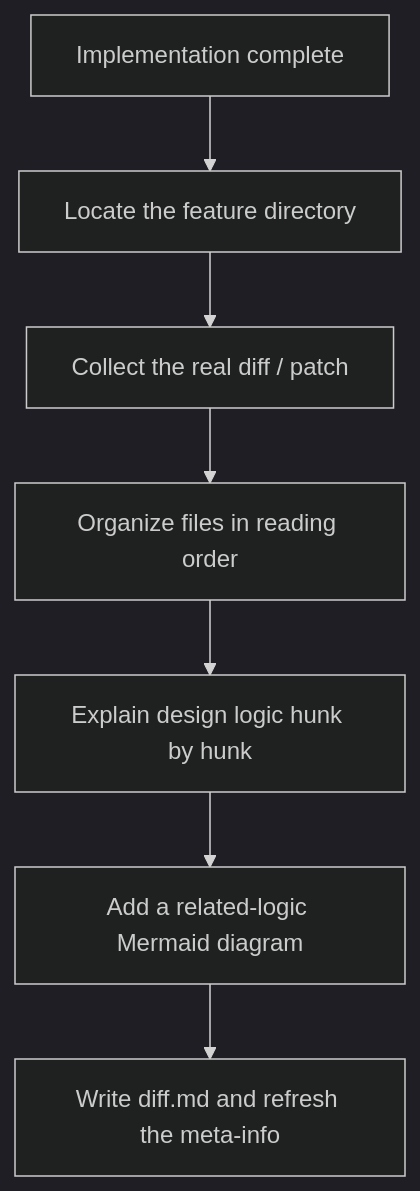
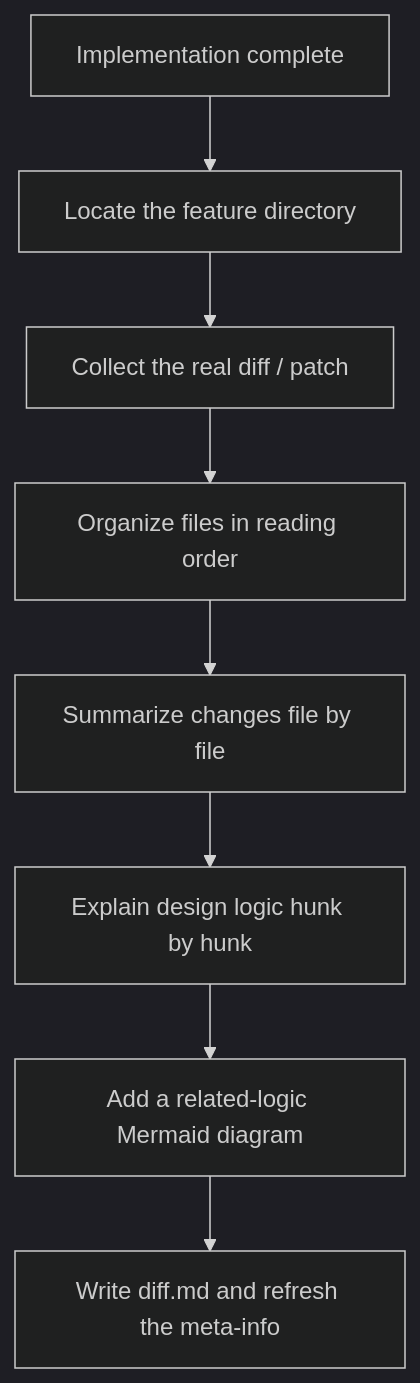
The diagram in fibo-recording-diff/SKILL.md (Alenkz12/FiboSkills), drawn with Mermaid (dark theme) before and after one commit. The commit also changed other lines of this file and 14 other files, not shown here.

````diff
--- a/fibo-recording-diff/SKILL.md
+++ b/fibo-recording-diff/SKILL.md
@@ -15,9 +15,10 @@
 ```mermaid
 flowchart TD
   done_001["Implementation complete"] --> locate_002["Locate the feature directory"]
   locate_002 --> collect_003["Collect the real diff / patch"]
   collect_003 --> order_004["Organize files in reading order"]
-  order_004 --> explain_005["Explain design logic hunk by hunk"]
-  explain_005 --> graph_006["Add a related-logic Mermaid diagram"]
-  graph_006 --> write_007["Write diff.md and refresh the meta-info"]
+  order_004 --> summarize_005["Summarize changes file by file"]
+  summarize_005 --> explain_006["Explain design logic hunk by hunk"]
+  explain_006 --> graph_007["Add a related-logic Mermaid diagram"]
+  graph_007 --> write_008["Write diff.md and refresh the meta-info"]
 ```
````
